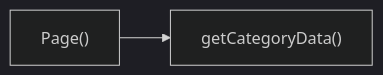
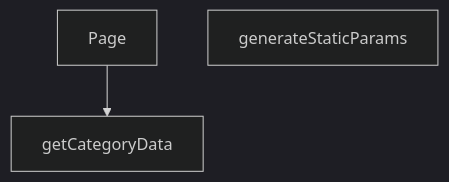
Before and after one commit to peckop/venthub-hvac-esite: the diagram in src/app/[lang]/category/[categorySlug]/[subCategorySlug]/page.md, drawn with Mermaid (dark theme). The commit also changed other lines of this file and 488 other files, not shown here.

````diff
--- a/src/app/[lang]/category/[categorySlug]/[subCategorySlug]/page.md
+++ b/src/app/[lang]/category/[categorySlug]/[subCategorySlug]/page.md
@@ -84,4 +109,7 @@
 ```mermaid
-graph LR
-    Page["Page()"] --> getCategoryData["getCategoryData()"]
+graph TD
+    page_tsx__Page["Page"]
+    page_tsx__generateStaticParams["generateStaticParams"]
+    page_tsx__getCategoryData["getCategoryData"]
+    page_tsx__Page --> page_tsx__getCategoryData
 ```
````
